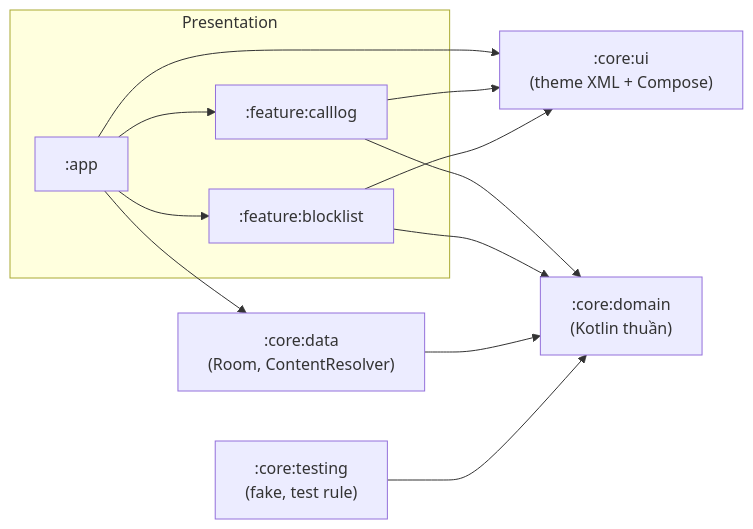
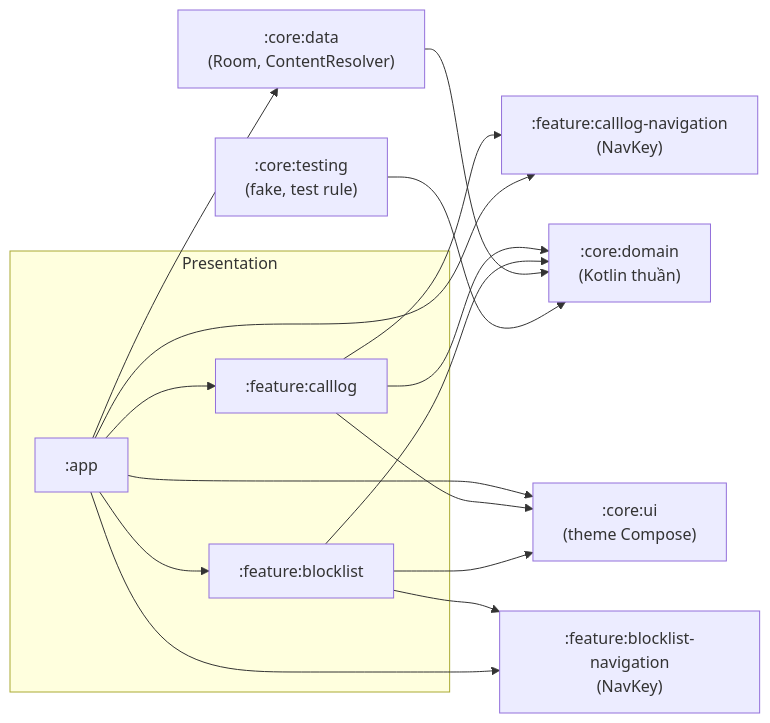
One commit to aum-thai-luong/spamguard-lite changed the diagram in docs/ARCHITECTURE.md. Above: the diagram before and after it, drawn with Mermaid. The commit also changed other lines of this file and 2 other files, not shown here.

First line of the commit message:
<docs> CLAUDE.md, ARCHITECTURE.md, README: mô tả kiến trúc Navigation 3

````diff
--- a/docs/ARCHITECTURE.md
+++ b/docs/ARCHITECTURE.md
@@ -13,23 +13,27 @@
 ```mermaid
 flowchart LR
     subgraph Presentation
         app[":app"]
         calllog[":feature:calllog"]
         blocklist[":feature:blocklist"]
     end
     domain[":core:domain<br/>(Kotlin thuần)"]
     data[":core:data<br/>(Room, ContentResolver)"]
     testing[":core:testing<br/>(fake, test rule)"]
-    ui[":core:ui<br/>(theme XML + Compose)"]
+    ui[":core:ui<br/>(theme Compose)"]
 
     app --> calllog
     app --> blocklist
+    calllog --> calllognav[":feature:calllog-navigation<br/>(NavKey)"]
+    blocklist --> blocklistnav[":feature:blocklist-navigation<br/>(NavKey)"]
+    app --> calllognav
+    app --> blocklistnav
     app --> data
     calllog --> domain
     blocklist --> domain
     data --> domain
     testing --> domain
     app --> ui
     calllog --> ui
     blocklist --> ui
 ```
````
